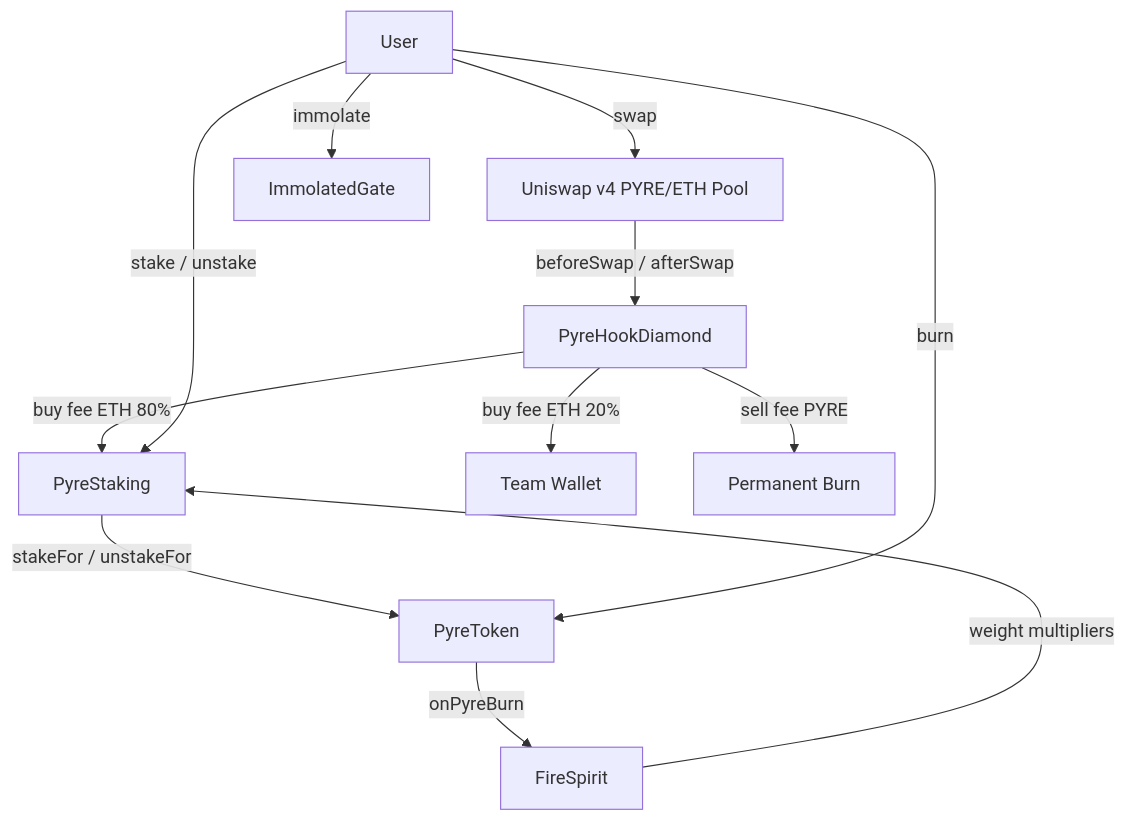
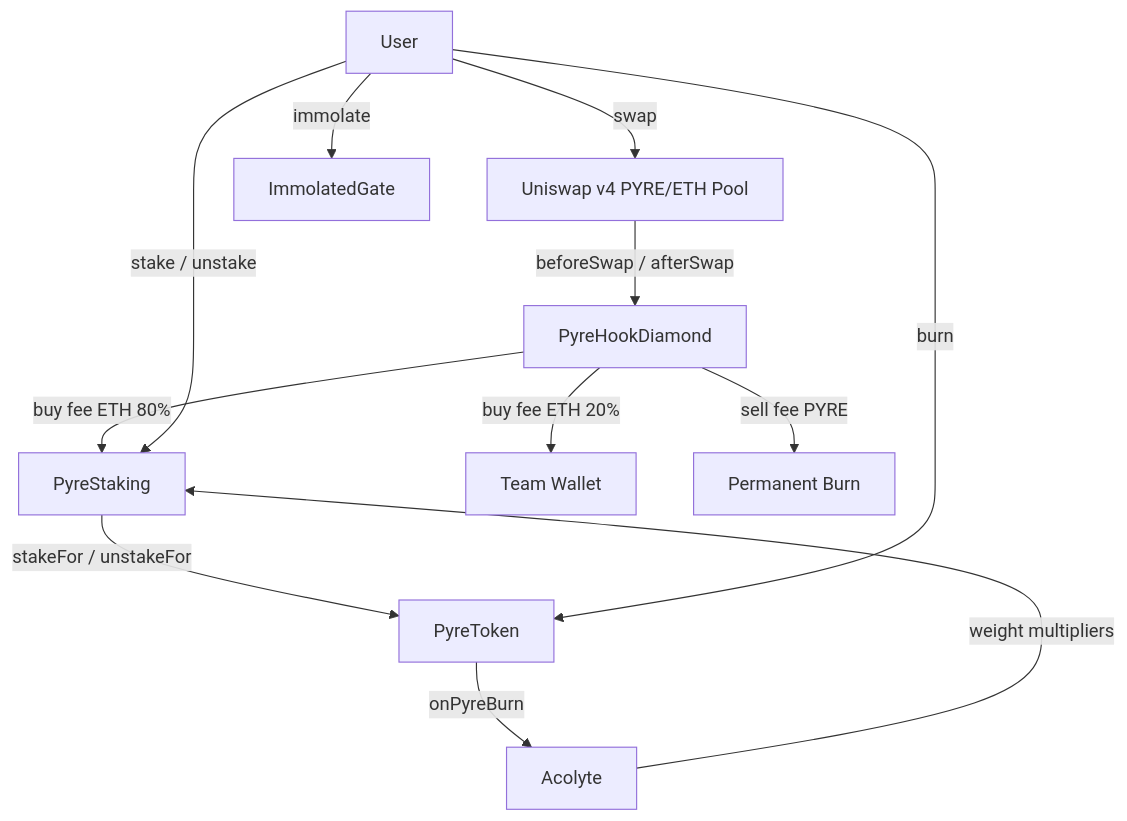
One commit to DhruvGodambe/pyre-protocol changed the diagram in README.md. Above: the diagram before and after it, drawn with Mermaid. The commit also changed other lines of this file and 20 other files, not shown here.

````diff
--- a/README.md
+++ b/README.md
@@ -19,15 +19,15 @@
 ```mermaid
 flowchart TB
     User -->|swap| V4Pool[Uniswap v4 PYRE/ETH Pool]
     V4Pool -->|beforeSwap / afterSwap| Hook[PyreHookDiamond]
     Hook -->|buy fee ETH 80%| Staking[PyreStaking]
     Hook -->|buy fee ETH 20%| Team[Team Wallet]
     Hook -->|sell fee PYRE| Burn[Permanent Burn]
 
     User -->|stake / unstake| Staking
     Staking -->|stakeFor / unstakeFor| Token[PyreToken]
     User -->|burn| Token
-    Token -->|onPyreBurn| Spirit[FireSpirit]
-    Spirit -->|weight multipliers| Staking
+    Token -->|onPyreBurn| AcolyteNFT[Acolyte]
+    AcolyteNFT -->|weight multipliers| Staking
     User -->|immolate| Gate[ImmolatedGate]
 ```
````
